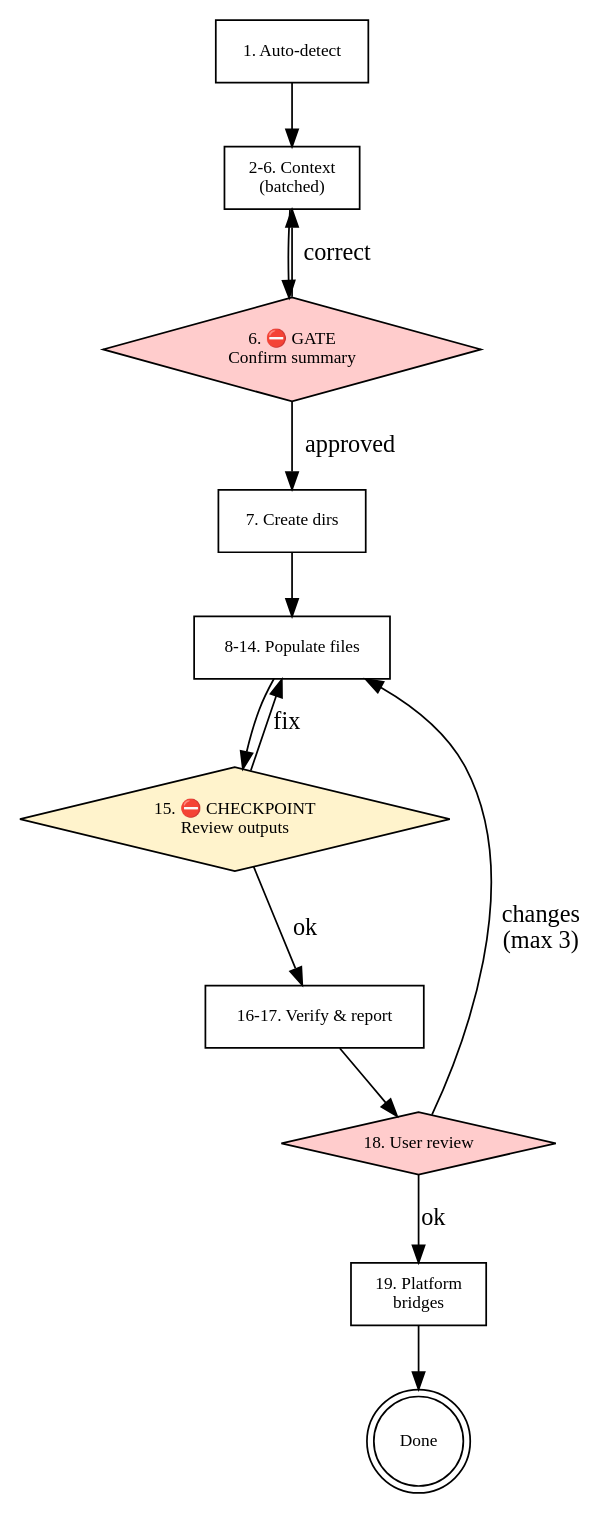
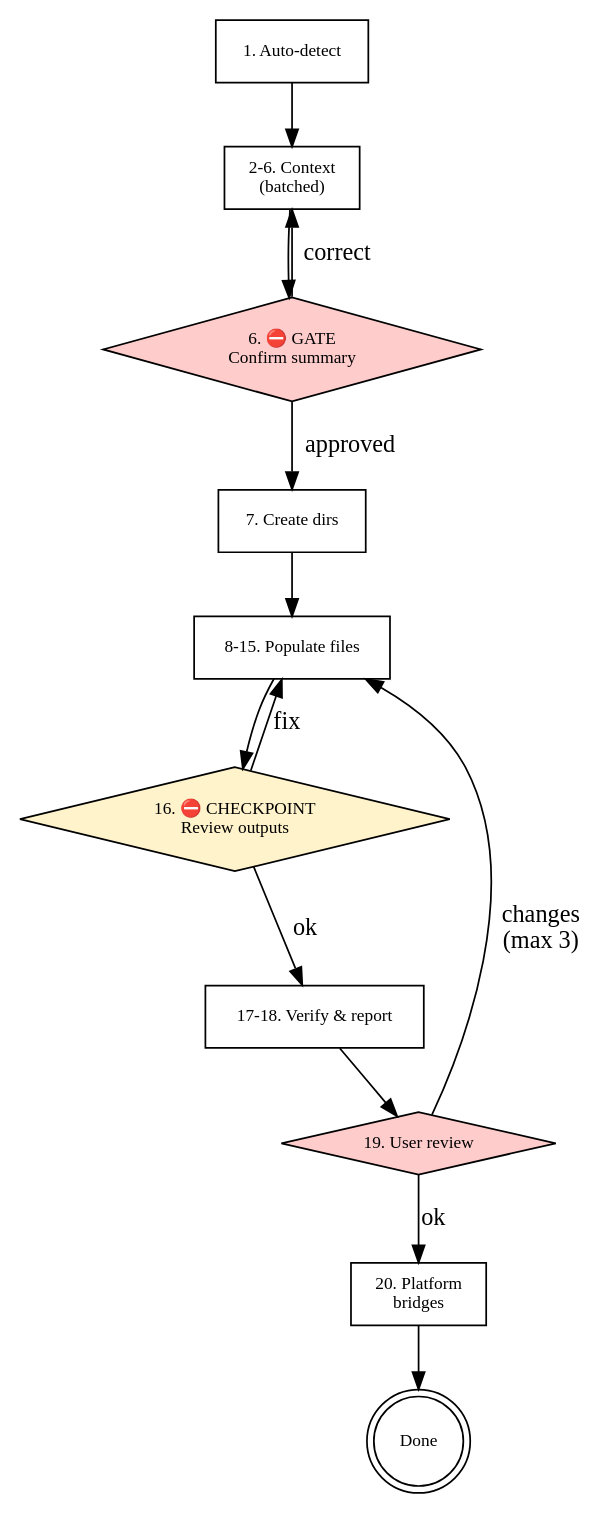
Before and after one commit to HumbleMaxiu/cc-harness: the diagram in .claude/skills/harness-setup/SKILL.md, drawn with Graphviz. The commit also changed other lines of this file and 32 other files, not shown here.

````diff
--- a/.claude/skills/harness-setup/SKILL.md
+++ b/.claude/skills/harness-setup/SKILL.md
@@ -72,30 +73,30 @@
 ```dot
 digraph harness {
     rankdir=TB;
     node [fontsize=10];
 
     detect [label="1. Auto-detect" shape=box];
     p1 [label="2-6. Context\n(batched)" shape=box];
     gate1 [label="6. ⛔ GATE\nConfirm summary" shape=diamond style=filled fillcolor="#ffcccc"];
     create_dirs [label="7. Create dirs" shape=box];
-    populate [label="8-14. Populate files" shape=box];
-    cp [label="15. ⛔ CHECKPOINT\nReview outputs" shape=diamond style=filled fillcolor="#fff3cc"];
-    verify [label="16-17. Verify & report" shape=box];
-    review [label="18. User review" shape=diamond style=filled fillcolor="#ffcccc"];
-    phase5 [label="19. Platform\nbridges" shape=box];
+    populate [label="8-15. Populate files" shape=box];
+    cp [label="16. ⛔ CHECKPOINT\nReview outputs" shape=diamond style=filled fillcolor="#fff3cc"];
+    verify [label="17-18. Verify & report" shape=box];
+    review [label="19. User review" shape=diamond style=filled fillcolor="#ffcccc"];
+    phase5 [label="20. Platform\nbridges" shape=box];
     done [label="Done" shape=doublecircle];
 
     detect -> p1;
     p1 -> gate1;
     gate1 -> p1 [label="correct"];
     gate1 -> create_dirs [label="approved"];
     create_dirs -> populate;
     populate -> cp;
     cp -> populate [label="fix"];
     cp -> verify [label="ok"];
     verify -> review;
     review -> populate [label="changes\n(max 3)"];
     review -> phase5 [label="ok"];
     phase5 -> done;
 }
 ```
````
